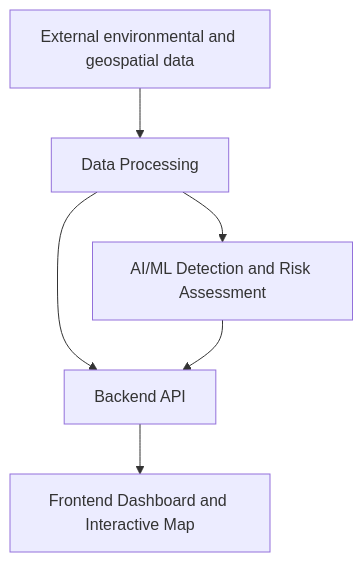
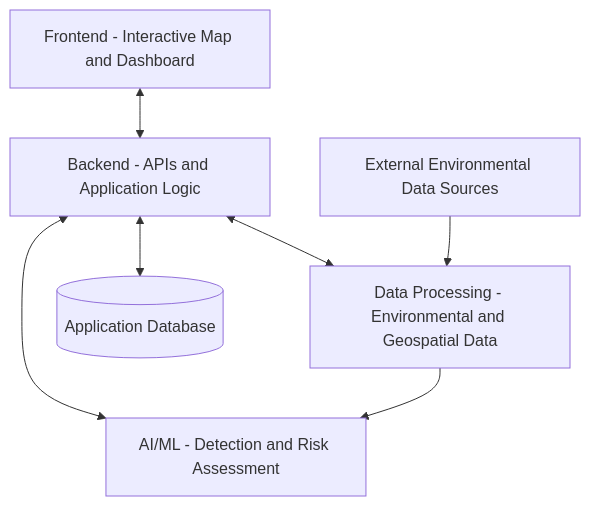
Before and after one commit to RianaMalhotra/ECE444-PROJECT: the diagram in README.md, drawn with Mermaid. The commit also changed other lines of this file, not shown here.

Commit message:
Mermaid diagram

````diff
--- a/README.md
+++ b/README.md
@@ -40,8 +40,16 @@
 ```mermaid
 flowchart TD
-    A[External environmental and geospatial data] --> B[Data Processing]
-    B --> C[AI/ML Detection and Risk Assessment]
-    B --> D[Backend API]
+    A[Frontend - Interactive Map and Dashboard]
+    B[Backend - APIs and Application Logic]
+    C[Data Processing - Environmental and Geospatial Data]
+    D[AI/ML - Detection and Risk Assessment]
+    E[(Application Database)]
+    F[External Environmental Data Sources]
+
+    A <--> B
+    B <--> C
+    B <--> D
+    B <--> E
+    F --> C
     C --> D
-    D --> E[Frontend Dashboard and Interactive Map]
 ```
````
